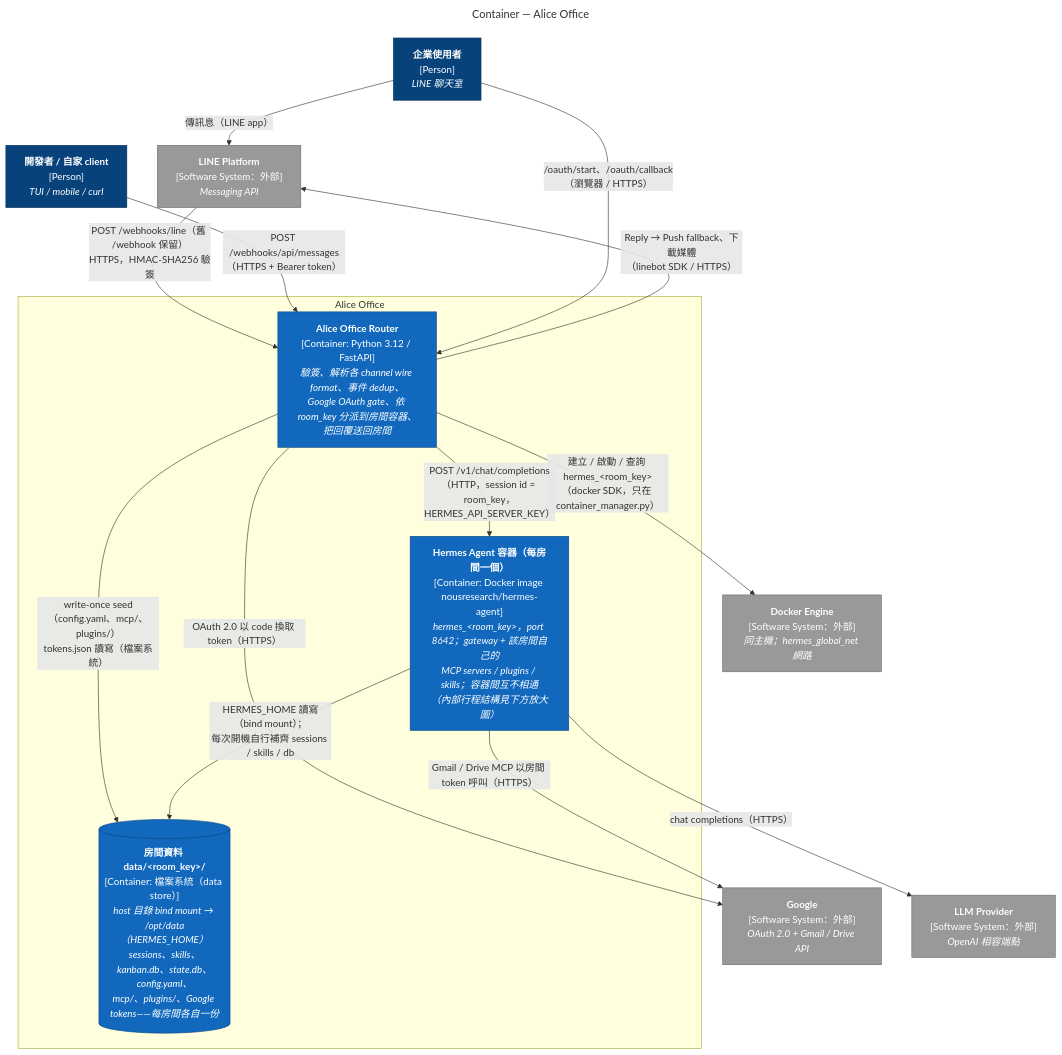
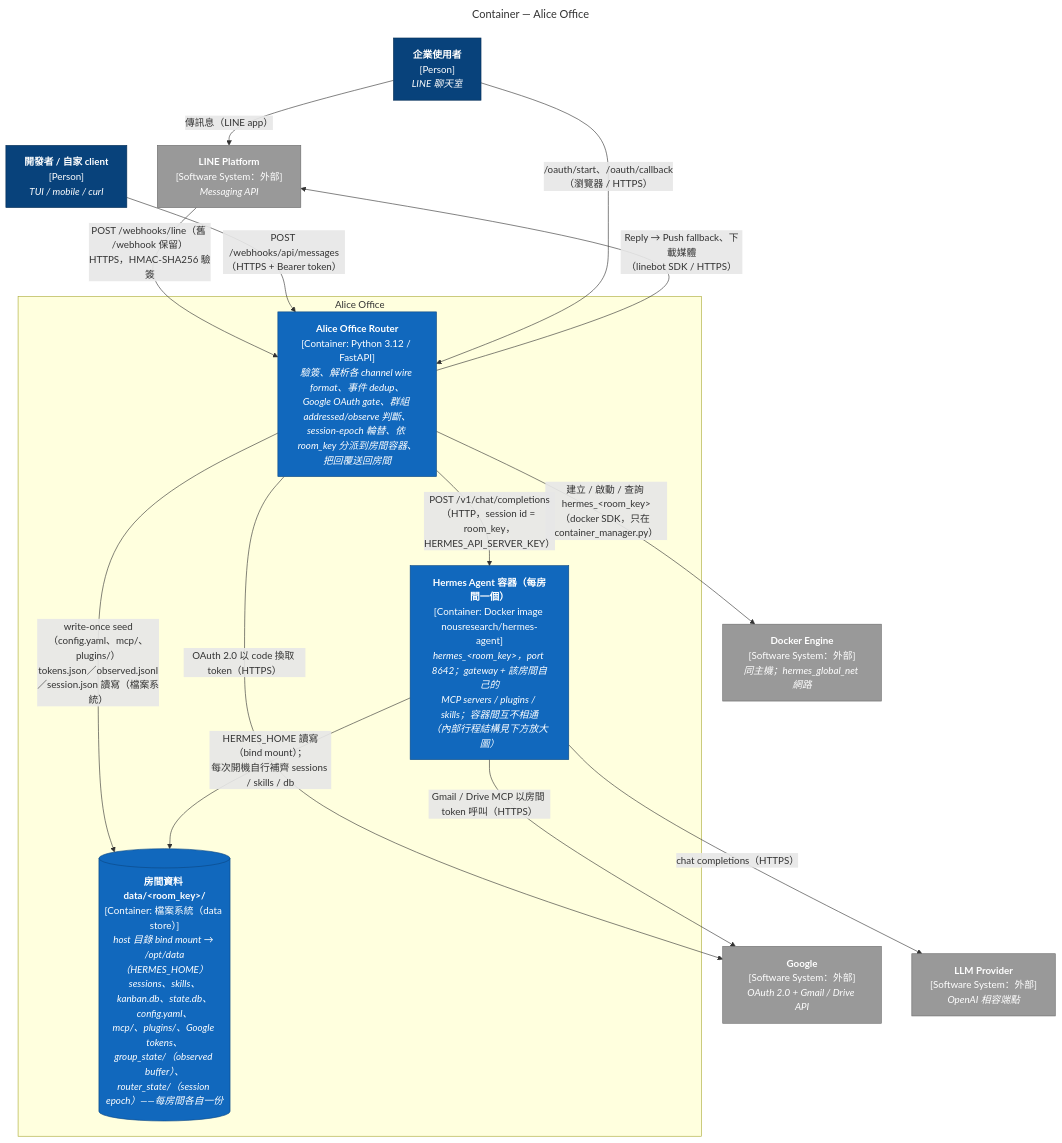
One commit to marychouchou/alice-office changed the second of 4 diagrams in docs/architecture-c4.md. Above: the diagram before and after it, drawn with Mermaid. The commit also changed other lines of this file and 1 other file, not shown here.

First line of the commit message:
docs: sync C4 and session-hygiene docs with group chat and session epochs

````diff
--- a/docs/architecture-c4.md
+++ b/docs/architecture-c4.md
@@ -62,35 +63,35 @@
 ```mermaid
 ---
 title: "Container — Alice Office"
 ---
 flowchart TB
   classDef person fill:#08427b,color:#fff,stroke:#052e56
   classDef container fill:#1168bd,color:#fff,stroke:#0b4884
   classDef ext fill:#999999,color:#fff,stroke:#6b6b6b
 
   employee["<b>企業使用者</b><br/>[Person]<br/><i>LINE 聊天室</i>"]:::person
   dev["<b>開發者 / 自家 client</b><br/>[Person]<br/><i>TUI / mobile / curl</i>"]:::person
   line["<b>LINE Platform</b><br/>[Software System：外部]<br/><i>Messaging API</i>"]:::ext
   google["<b>Google</b><br/>[Software System：外部]<br/><i>OAuth 2.0 + Gmail / Drive API</i>"]:::ext
   llm["<b>LLM Provider</b><br/>[Software System：外部]<br/><i>OpenAI 相容端點</i>"]:::ext
   docker["<b>Docker Engine</b><br/>[Software System：外部]<br/><i>同主機；hermes_global_net 網路</i>"]:::ext
 
   subgraph alice["Alice Office"]
-    router["<b>Alice Office Router</b><br/>[Container: Python 3.12 / FastAPI]<br/><i>驗簽、解析各 channel wire format、事件 dedup、<br/>Google OAuth gate、依 room_key 分派到房間容器、<br/>把回覆送回房間</i>"]:::container
+    router["<b>Alice Office Router</b><br/>[Container: Python 3.12 / FastAPI]<br/><i>驗簽、解析各 channel wire format、事件 dedup、<br/>Google OAuth gate、群組 addressed/observe 判斷、<br/>session-epoch 輪替、依 room_key 分派到房間容器、<br/>把回覆送回房間</i>"]:::container
     hermes["<b>Hermes Agent 容器（每房間一個）</b><br/>[Container: Docker image nousresearch/hermes-agent]<br/><i>hermes_&lt;room_key&gt;，port 8642；gateway + 該房間自己的<br/>MCP servers / plugins / skills；容器間互不相通<br/>（內部行程結構見下方放大圖）</i>"]:::container
-    roomdata[("<b>房間資料 data/&lt;room_key&gt;/</b><br/>[Container: 檔案系統（data store）]<br/><i>host 目錄 bind mount → /opt/data（HERMES_HOME）<br/>sessions、skills、kanban.db、state.db、config.yaml、<br/>mcp/、plugins/、Google tokens——每房間各自一份</i>")]:::container
+    roomdata[("<b>房間資料 data/&lt;room_key&gt;/</b><br/>[Container: 檔案系統（data store）]<br/><i>host 目錄 bind mount → /opt/data（HERMES_HOME）<br/>sessions、skills、kanban.db、state.db、config.yaml、<br/>mcp/、plugins/、Google tokens、<br/>group_state/（observed buffer）、<br/>router_state/（session epoch）——每房間各自一份</i>")]:::container
   end
 
   employee -- "傳訊息（LINE app）" --> line
   line -- "POST /webhooks/line（舊 /webhook 保留）<br/>HTTPS，HMAC-SHA256 驗簽" --> router
   router -- "Reply → Push fallback、下載媒體<br/>（linebot SDK / HTTPS）" --> line
   dev -- "POST /webhooks/api/messages<br/>（HTTPS + Bearer token）" --> router
   employee -- "/oauth/start、/oauth/callback<br/>（瀏覽器 / HTTPS）" --> router
   router -- "OAuth 2.0 以 code 換取 token（HTTPS）" --> google
   router -- "建立 / 啟動 / 查詢 hermes_&lt;room_key&gt;<br/>（docker SDK，只在 container_manager.py）" --> docker
   router -- "POST /v1/chat/completions<br/>（HTTP，session id = room_key，HERMES_API_SERVER_KEY）" --> hermes
-  router -- "write-once seed（config.yaml、mcp/、plugins/）<br/>tokens.json 讀寫（檔案系統）" --> roomdata
+  router -- "write-once seed（config.yaml、mcp/、plugins/）<br/>tokens.json／observed.jsonl／session.json 讀寫（檔案系統）" --> roomdata
   hermes -- "HERMES_HOME 讀寫（bind mount）；<br/>每次開機自行補齊 sessions / skills / db" --> roomdata
   hermes -- "chat completions（HTTPS）" --> llm
   hermes -- "Gmail / Drive MCP 以房間 token 呼叫（HTTPS）" --> google
 ```
````
